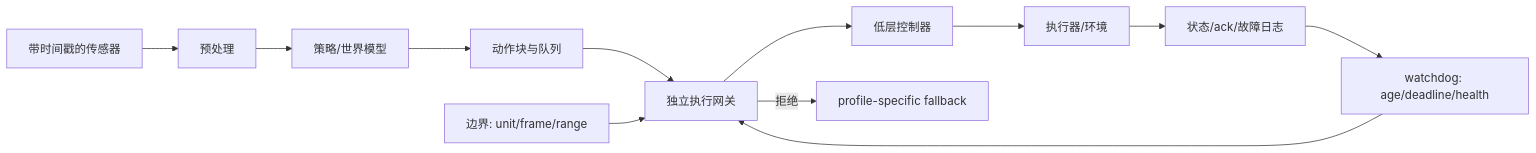
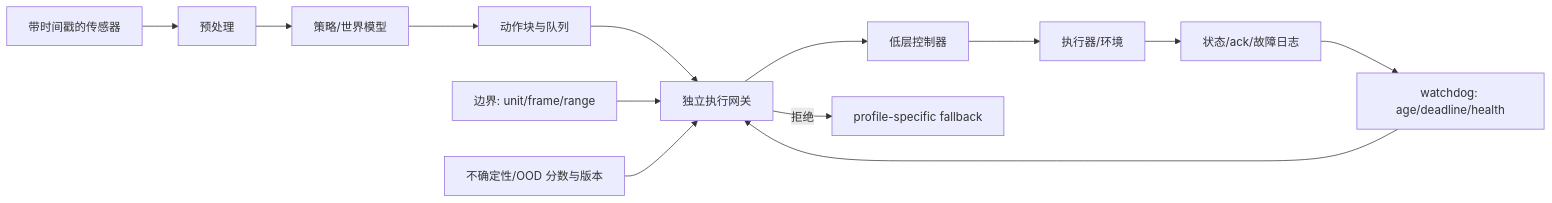
One commit to dollarser/world-models-and-embodied-ai-book changed the diagram in docs/part-06-systems/ch21-deployment-realtime-and-safety.md. Above: the diagram before and after it, drawn with Mermaid. The commit also changed other lines of this file and 16 other files, not shown here.

````diff
--- a/docs/part-06-systems/ch21-deployment-realtime-and-safety.md
+++ b/docs/part-06-systems/ch21-deployment-realtime-and-safety.md
@@ -50,14 +50,15 @@
 ```mermaid
 flowchart LR
     S[带时间戳的传感器] --> P[预处理]
     P --> M[策略/世界模型]
     M --> Q[动作块与队列]
     Q --> G[独立执行网关]
     G --> C[低层控制器]
     C --> A[执行器/环境]
     W[watchdog: age/deadline/health] --> G
     B[边界: unit/frame/range] --> G
+    U[不确定性/OOD 分数与版本] --> G
     G -- 拒绝 --> F[profile-specific fallback]
     A --> O[状态/ack/故障日志]
     O --> W
 ```
````
